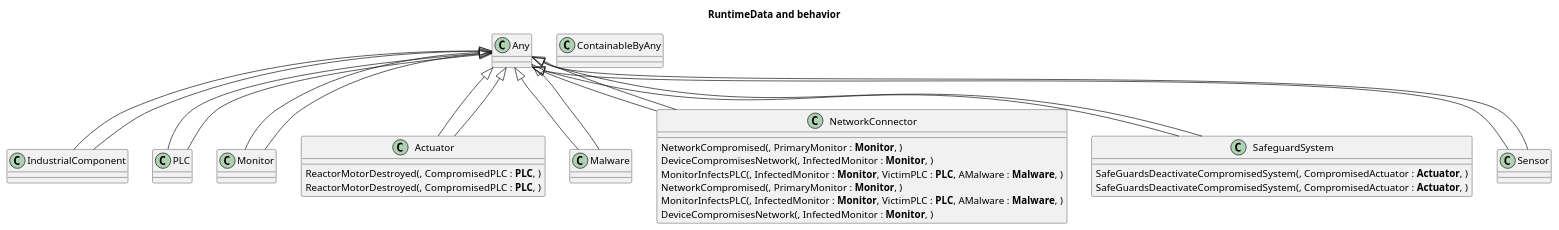
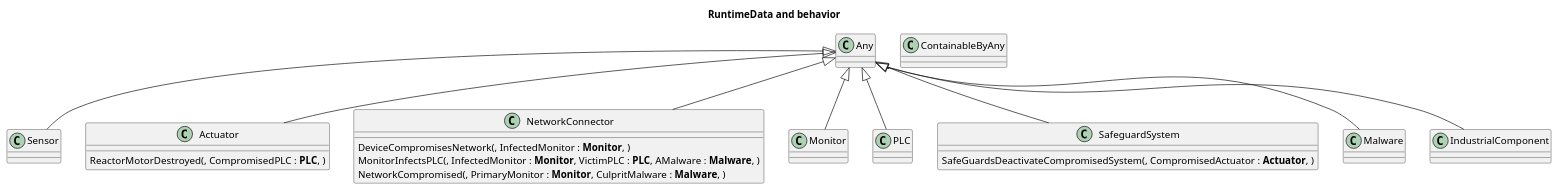
The diagram in doc-gen/plantuml/BehaviourDefinitions.rtd.class.plantuml (lewisccox/lc2071HonoursProject), drawn with PlantUML before and after one commit. The commit also changed 10 other files, not shown here.

```diff
--- a/doc-gen/plantuml/BehaviourDefinitions.rtd.class.plantuml
+++ b/doc-gen/plantuml/BehaviourDefinitions.rtd.class.plantuml
@@ -1,67 +1,38 @@
 @startuml
 title RuntimeData and behavior
-class IndustrialComponent  {
-}
-class IndustrialComponent  {
-}
-class PLC  {
-}
-class Monitor  {
+class Sensor  {
 }
 class Actuator  {
 	ReactorMotorDestroyed(, CompromisedPLC : **PLC**, )
 }
-class Malware  {
-}
 class NetworkConnector  {
-	NetworkCompromised(, PrimaryMonitor : **Monitor**, )
 	DeviceCompromisesNetwork(, InfectedMonitor : **Monitor**, )
 	MonitorInfectsPLC(, InfectedMonitor : **Monitor**, VictimPLC : **PLC**, AMalware : **Malware**, )
+	NetworkCompromised(, PrimaryMonitor : **Monitor**, CulpritMalware : **Malware**, )
 }
-class NetworkConnector  {
-	NetworkCompromised(, PrimaryMonitor : **Monitor**, )
-	MonitorInfectsPLC(, InfectedMonitor : **Monitor**, VictimPLC : **PLC**, AMalware : **Malware**, )
-	DeviceCompromisesNetwork(, InfectedMonitor : **Monitor**, )
+class Monitor  {
 }
-class ContainableByAny  {
+class PLC  {
 }
 class SafeguardSystem  {
 	SafeGuardsDeactivateCompromisedSystem(, CompromisedActuator : **Actuator**, )
 }
-class Actuator  {
-	ReactorMotorDestroyed(, CompromisedPLC : **PLC**, )
-}
-class Sensor  {
-}
 class Malware  {
-}
-class Sensor  {
-}
-class SafeguardSystem  {
-	SafeGuardsDeactivateCompromisedSystem(, CompromisedActuator : **Actuator**, )
-}
-class Monitor  {
 }
 class Any  {
 }
-class PLC  {
+class ContainableByAny  {
+}
+class IndustrialComponent  {
 }
 
 
-IndustrialComponent -up-|>  Any
-IndustrialComponent -up-|>  Any
-PLC -up-|>  Any
-Monitor -up-|>  Any
+Sensor -up-|>  Any
 Actuator -up-|>  Any
-Malware -up-|>  Any
 NetworkConnector -up-|>  Any
-NetworkConnector -up-|>  Any
-SafeguardSystem -up-|>  Any
-Actuator -up-|>  Any
-Sensor -up-|>  Any
-Malware -up-|>  Any
-Sensor -up-|>  Any
-SafeguardSystem -up-|>  Any
 Monitor -up-|>  Any
 PLC -up-|>  Any
+SafeguardSystem -up-|>  Any
+Malware -up-|>  Any
+IndustrialComponent -up-|>  Any
 @enduml
```
